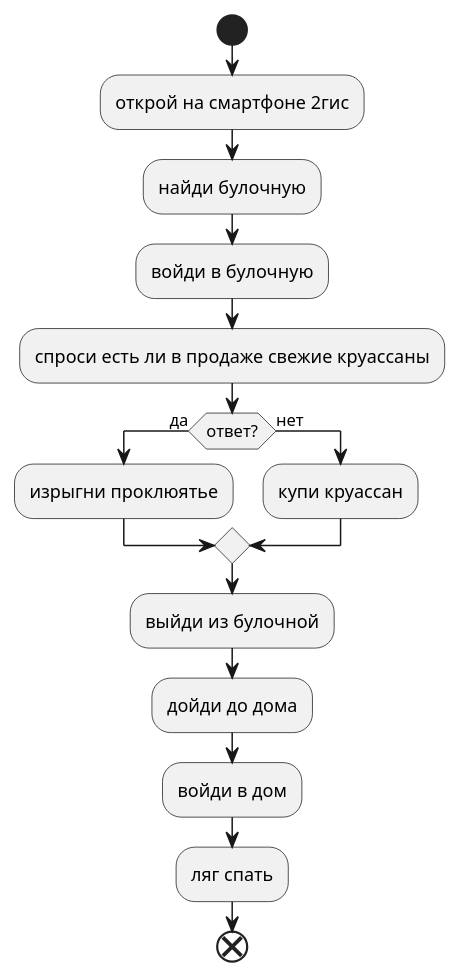
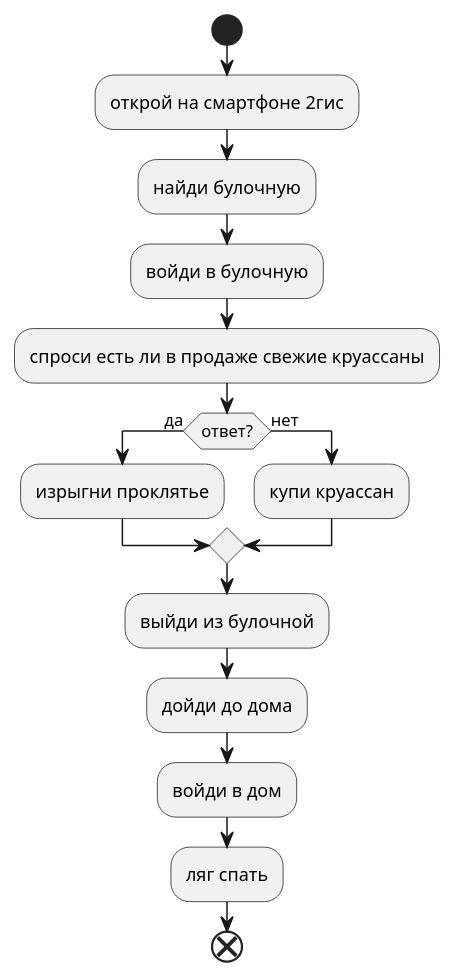
Before and after one commit to lebedevtask/HW02: the diagram in 02 - git, uml, py_struct/diagram.puml, drawn with PlantUML.

Commit message:
Изменил файл diagram.puml

```diff
--- a/02 - git, uml, py_struct/diagram.puml
+++ b/02 - git, uml, py_struct/diagram.puml
@@ -1,17 +1,17 @@
 @startuml
 start
 :открой на смартфоне 2гис;
 :найди булочную;
 :войди в булочную;
 :спроси есть ли в продаже свежие круассаны;
 if (ответ?) then (да)
-:изрыгни проклюятье;
+:изрыгни проклятье;
 else (нет)
 :купи круассан;
 endif
 :выйди из булочной;
 :дойди до дома;
 :войди в дом;
 :ляг спать;
 end
 @enduml
```
